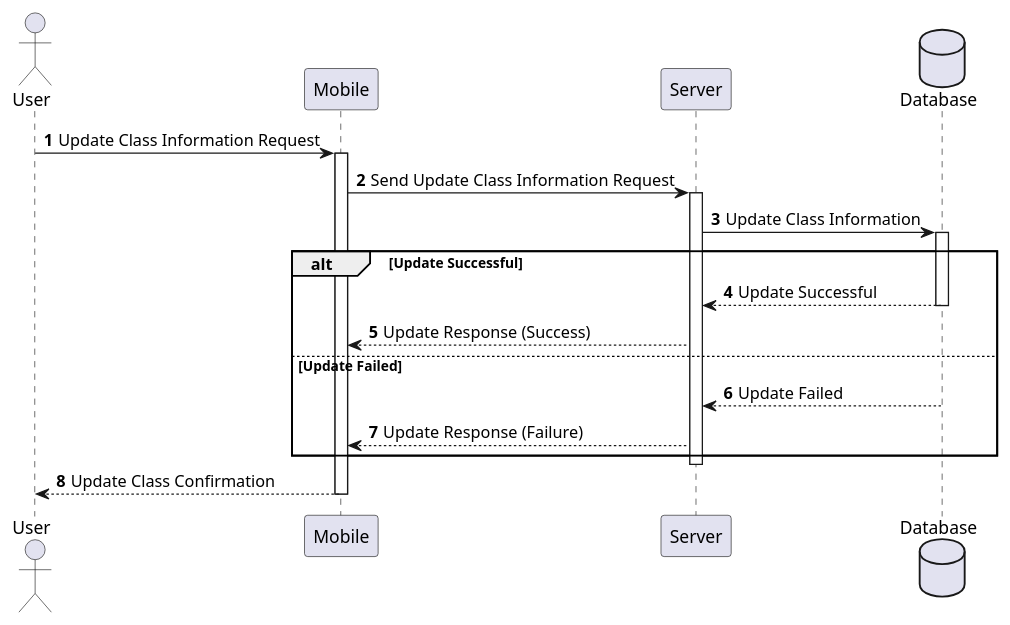
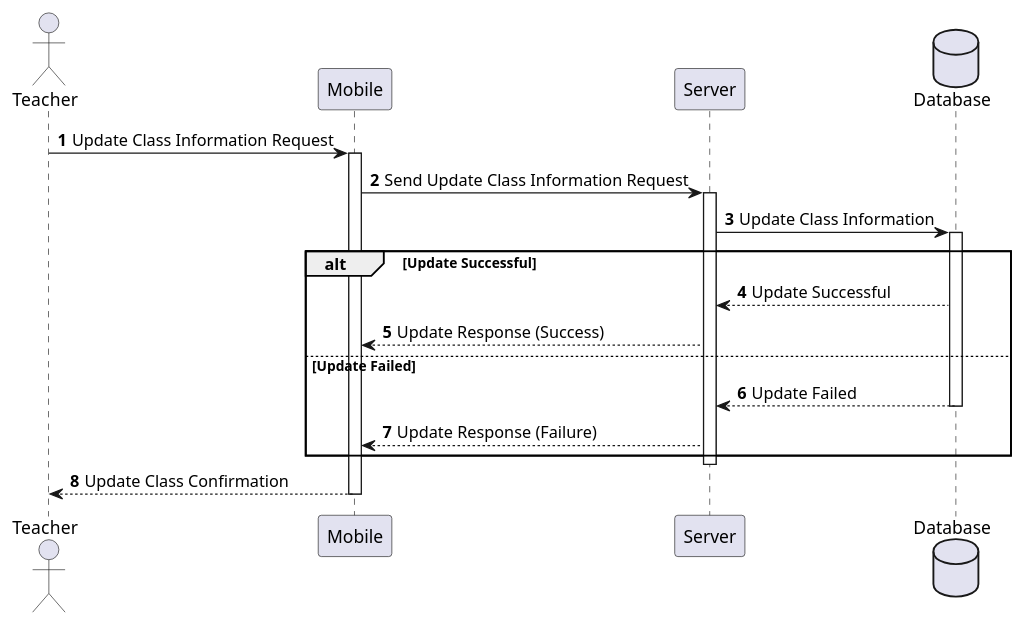
One commit to myDUT/mydut-backend changed the diagram in diagram/sequence_diagram/UpdateClass.puml. Above: the diagram before and after it, drawn with PlantUML. The commit also changed 3 other files, not shown here.

Commit message:
update diagram

```diff
--- a/diagram/sequence_diagram/UpdateClass.puml
+++ b/diagram/sequence_diagram/UpdateClass.puml
@@ -1,32 +1,31 @@
 @startuml
 'https://plantuml.com/sequence-diagram
 
 autonumber
 
-actor User as user
+actor Teacher as user
 participant Mobile as mobile
 participant Server as server
 database Database as database
 
 user -> mobile: Update Class Information Request
 activate mobile
 mobile -> server: Send Update Class Information Request
 activate server
 server -> database: Update Class Information
 activate database
 
 alt Update Successful
     database --> server: Update Successful
-    deactivate database
     server --> mobile: Update Response (Success)
 else Update Failed
     database --> server: Update Failed
     deactivate database
     server --> mobile: Update Response (Failure)
 end
 deactivate server
 
 mobile --> user: Update Class Confirmation
 deactivate mobile
 
 @enduml
```
